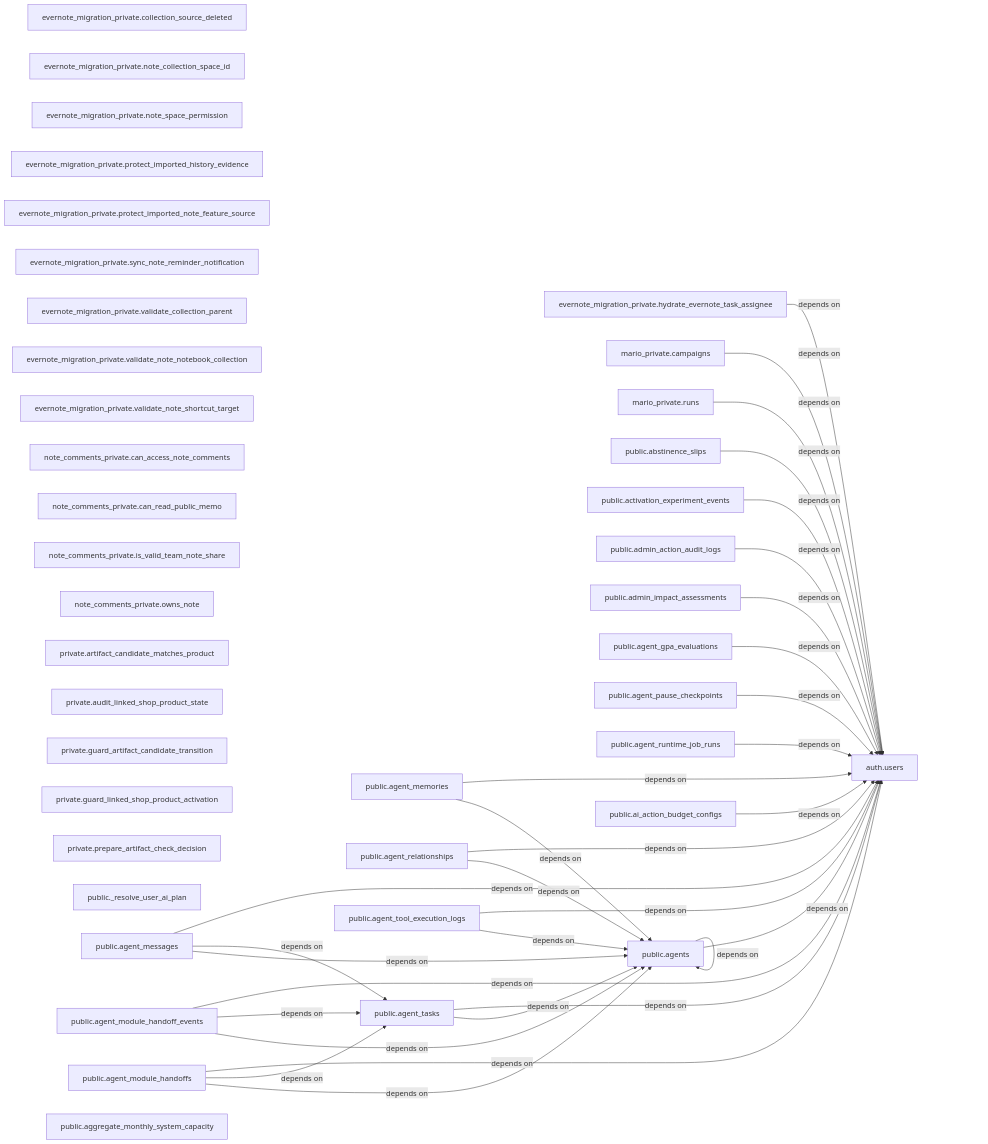
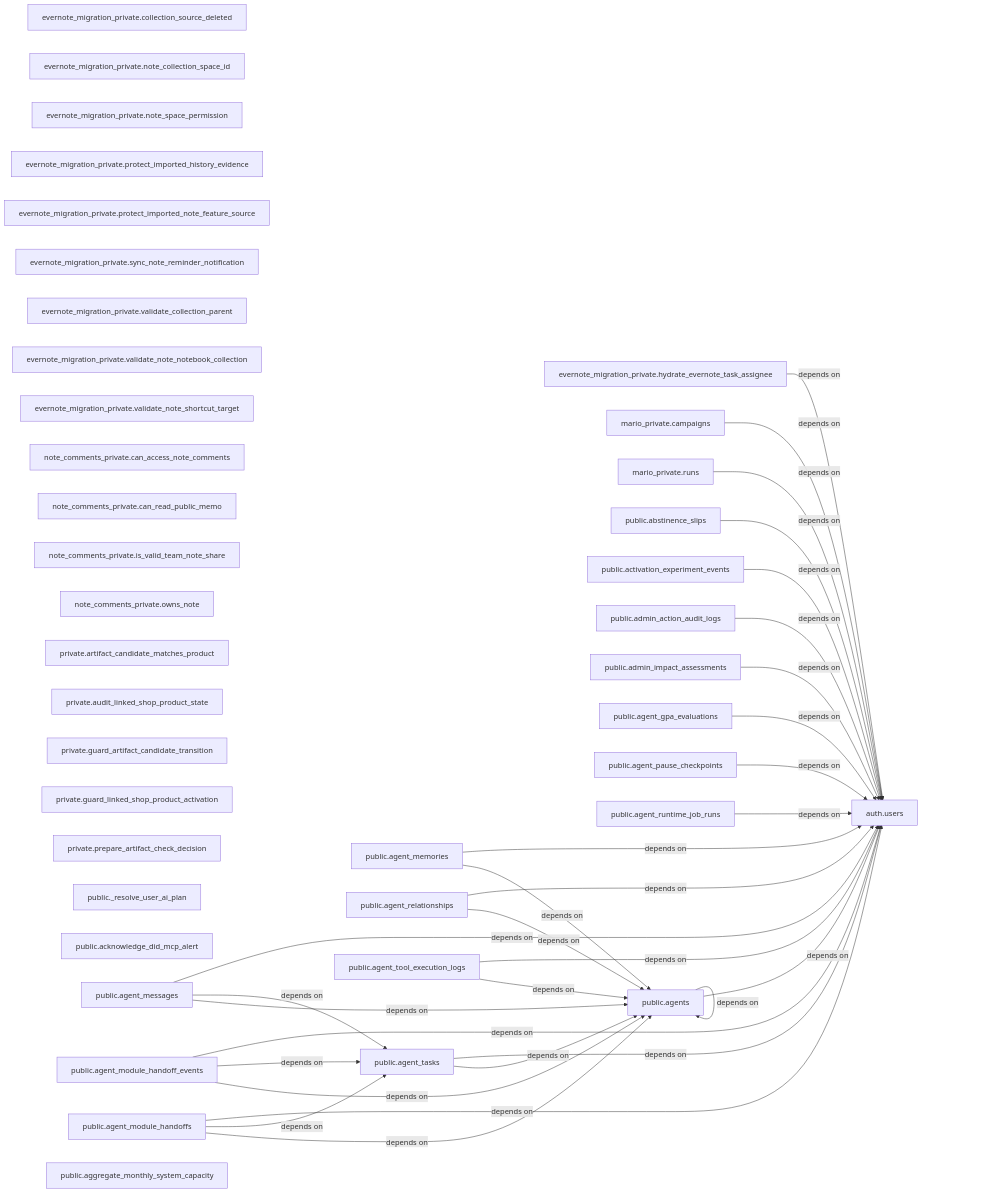
The second of 2 diagrams in docs/generated/INFRASTRUCTURE_MAP.md (kanta13jp1/my_web_app), drawn with Mermaid before and after one commit. The commit also changed other lines of this file and 16 other files, not shown here.

````diff
--- a/docs/generated/INFRASTRUCTURE_MAP.md
+++ b/docs/generated/INFRASTRUCTURE_MAP.md
@@ -25,73 +25,72 @@
 ```mermaid
 flowchart LR
   r_83903ee32b["auth.users"]
   r_d88f3b84ca["evernote_migration_private.collection_source_deleted"]
   r_73c4f41def["evernote_migration_private.hydrate_evernote_task_assignee"]
   r_ffb672200f["evernote_migration_private.note_collection_space_id"]
   r_769d2844f9["evernote_migration_private.note_space_permission"]
   r_c5d14536e4["evernote_migration_private.protect_imported_history_evidence"]
   r_61ee01a06e["evernote_migration_private.protect_imported_note_feature_source"]
   r_39663d015d["evernote_migration_private.sync_note_reminder_notification"]
   r_cb340cb8d0["evernote_migration_private.validate_collection_parent"]
   r_83b4367884["evernote_migration_private.validate_note_notebook_collection"]
   r_cf19f1c46f["evernote_migration_private.validate_note_shortcut_target"]
   r_ac500aabc1["mario_private.campaigns"]
   r_c3130a4a16["mario_private.runs"]
   r_6bb9d6715b["note_comments_private.can_access_note_comments"]
   r_925c771fa1["note_comments_private.can_read_public_memo"]
   r_5eb21972d5["note_comments_private.is_valid_team_note_share"]
   r_e8169db4ad["note_comments_private.owns_note"]
   r_8191971c00["private.artifact_candidate_matches_product"]
   r_e1862b1f50["private.audit_linked_shop_product_state"]
   r_5a323ff113["private.guard_artifact_candidate_transition"]
   r_f6277383c4["private.guard_linked_shop_product_activation"]
   r_c5201230ed["private.prepare_artifact_check_decision"]
   r_09591299f9["public._resolve_user_ai_plan"]
   r_329fe13cab["public.abstinence_slips"]
+  r_7968edb1c6["public.acknowledge_did_mcp_alert"]
   r_baad80ddc1["public.activation_experiment_events"]
   r_1a31a32345["public.admin_action_audit_logs"]
   r_5f70eb8b05["public.admin_impact_assessments"]
   r_fbcd5fc165["public.agent_gpa_evaluations"]
   r_7673212bd8["public.agent_memories"]
   r_75122649e6["public.agent_messages"]
   r_033868af7f["public.agent_module_handoff_events"]
   r_999827be17["public.agent_module_handoffs"]
   r_04bc1e32d4["public.agent_pause_checkpoints"]
   r_d87b4e9d5a["public.agent_relationships"]
   r_ad4057e3a0["public.agent_runtime_job_runs"]
   r_07696a89a7["public.agent_tasks"]
   r_e4fc606bbb["public.agent_tool_execution_logs"]
   r_b7636f3dcb["public.agents"]
   r_0bb7f8efc2["public.aggregate_monthly_system_capacity"]
-  r_31e2259f8d["public.ai_action_budget_configs"]
   r_73c4f41def -->|depends on| r_83903ee32b
   r_ac500aabc1 -->|depends on| r_83903ee32b
   r_c3130a4a16 -->|depends on| r_83903ee32b
   r_329fe13cab -->|depends on| r_83903ee32b
   r_baad80ddc1 -->|depends on| r_83903ee32b
   r_1a31a32345 -->|depends on| r_83903ee32b
   r_5f70eb8b05 -->|depends on| r_83903ee32b
   r_fbcd5fc165 -->|depends on| r_83903ee32b
   r_7673212bd8 -->|depends on| r_83903ee32b
   r_7673212bd8 -->|depends on| r_b7636f3dcb
   r_75122649e6 -->|depends on| r_83903ee32b
   r_75122649e6 -->|depends on| r_07696a89a7
   r_75122649e6 -->|depends on| r_b7636f3dcb
   r_033868af7f -->|depends on| r_83903ee32b
   r_033868af7f -->|depends on| r_07696a89a7
   r_033868af7f -->|depends on| r_b7636f3dcb
   r_999827be17 -->|depends on| r_83903ee32b
   r_999827be17 -->|depends on| r_07696a89a7
   r_999827be17 -->|depends on| r_b7636f3dcb
   r_04bc1e32d4 -->|depends on| r_83903ee32b
   r_d87b4e9d5a -->|depends on| r_83903ee32b
   r_d87b4e9d5a -->|depends on| r_b7636f3dcb
   r_ad4057e3a0 -->|depends on| r_83903ee32b
   r_07696a89a7 -->|depends on| r_83903ee32b
   r_07696a89a7 -->|depends on| r_b7636f3dcb
   r_e4fc606bbb -->|depends on| r_83903ee32b
   r_e4fc606bbb -->|depends on| r_b7636f3dcb
   r_b7636f3dcb -->|depends on| r_83903ee32b
   r_b7636f3dcb -->|depends on| r_b7636f3dcb
-  r_31e2259f8d -->|depends on| r_83903ee32b
 ```
````
